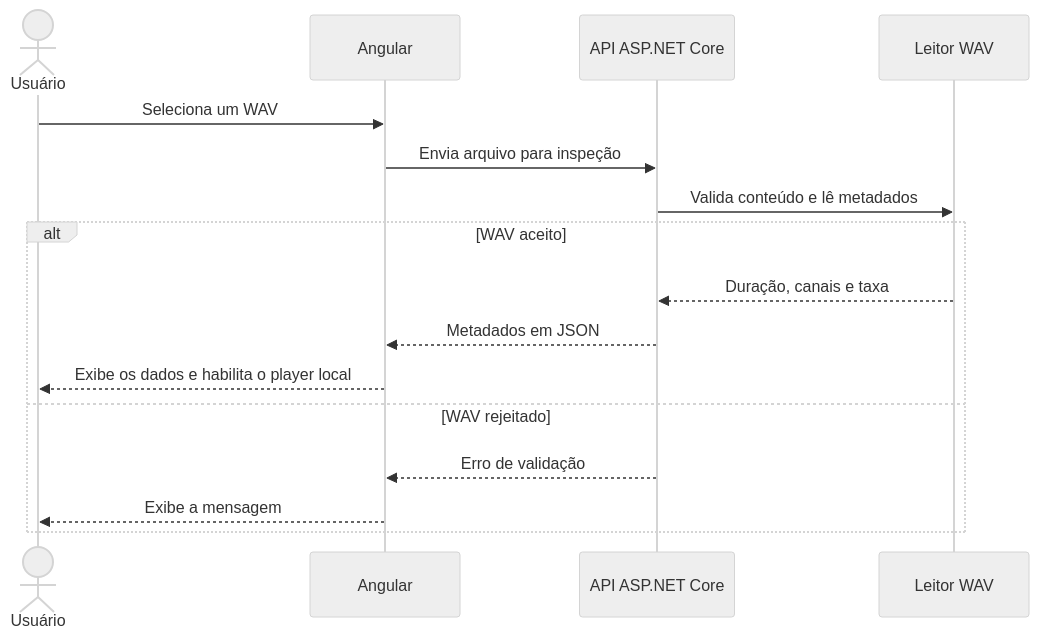
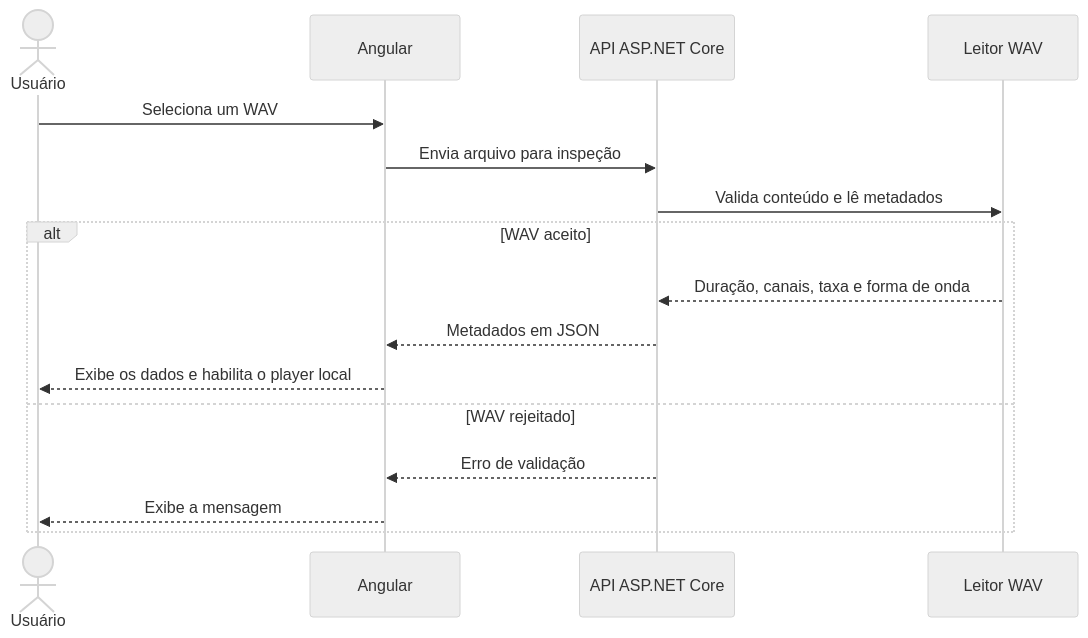
The diagram in docs/fluxos.md (BernTomaz/SonoraLab), drawn with Mermaid (neutral theme) before and after one commit. The commit also changed other lines of this file and 11 other files, not shown here.

Commit message:
feat: Implementar análise de áudio com forma de onda e espectro, incluindo validação de intervalos e testes

````diff
--- a/docs/fluxos.md
+++ b/docs/fluxos.md
@@ -5,18 +5,18 @@
 ```mermaid
 sequenceDiagram
     actor U as Usuário
     participant A as Angular
     participant P as API ASP.NET Core
     participant L as Leitor WAV
     U->>A: Seleciona um WAV
     A->>P: Envia arquivo para inspeção
     P->>L: Valida conteúdo e lê metadados
     alt WAV aceito
-        L-->>P: Duração, canais e taxa
+        L-->>P: Duração, canais, taxa e forma de onda
         P-->>A: Metadados em JSON
         A-->>U: Exibe os dados e habilita o player local
     else WAV rejeitado
         P-->>A: Erro de validação
         A-->>U: Exibe a mensagem
     end
 ```
````
